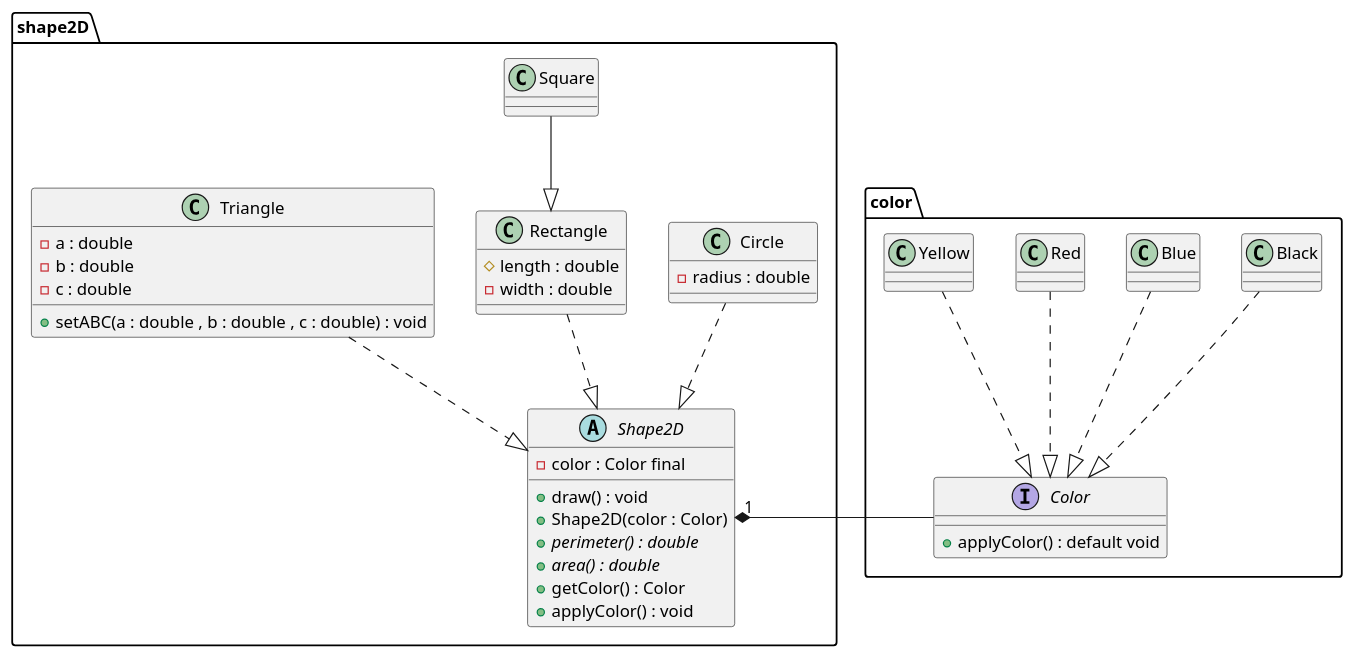
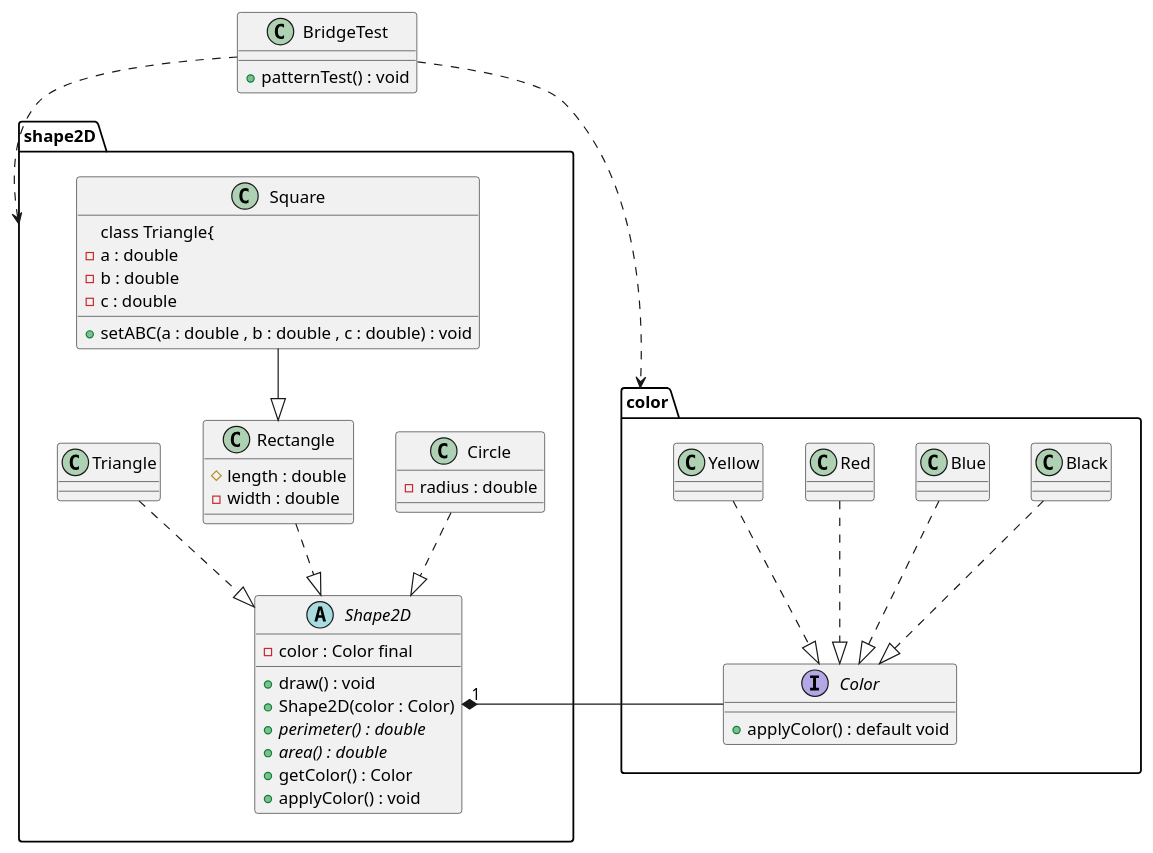
Before and after one commit to reza-hdrm/DesignPatterns: the diagram in src/main/java/com/rezahdrm/structural/bridge/bridgeUML.puml, drawn with PlantUML. The commit also changed 37 other files, not shown here.

```diff
--- a/src/main/java/com/rezahdrm/structural/bridge/bridgeUML.puml
+++ b/src/main/java/com/rezahdrm/structural/bridge/bridgeUML.puml
@@ -1,67 +1,64 @@
 @startuml
 
 package shape2D{
 
     abstract class Shape2D{
         - color : Color final
         + draw() : void
         + Shape2D(color : Color)
         + {abstract} perimeter() : double
         + {abstract} area() : double
         + getColor() : Color
         + applyColor() : void
     }
 
     class Circle{
     - radius : double
     }
 
     class Rectangle{
     # length : double
     - width : double
     }
 
     class Square{
-
-    }
     class Triangle{
         - a : double
         - b : double
         - c : double
 
         + setABC(a : double , b : double , c : double) : void
     }
     Circle ..|> Shape2D
     Rectangle ..|> Shape2D
     Square --|> Rectangle
     Triangle ..|> Shape2D
 
 }
 
-package color{
-    interface Color{
+package color {
+    interface Color {
         + applyColor() : default void
     }
 
-    class Black{
-    }
-
-    class Blue{
-    }
-
-    class Red{
-    }
-
-    class Yellow{
-    }
+    class Black
+    class Blue
+    class Red
+    class Yellow
 
     Black ..|> Color
     Blue ..|> Color
     Red ..|> Color
     Yellow ..|> Color
 
 }
 
+class BridgeTest {
+    + patternTest() : void
+}
+
+BridgeTest ..> color
+BridgeTest ..> shape2D
 Shape2D "1"*- Color
 
 @enduml
```
